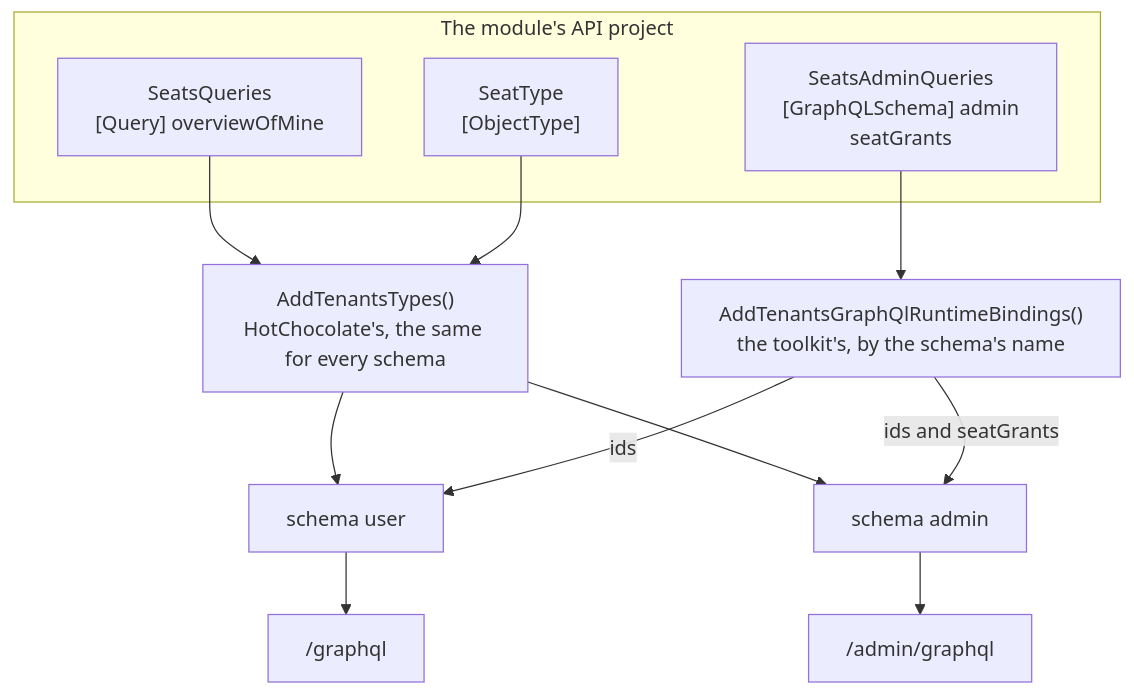
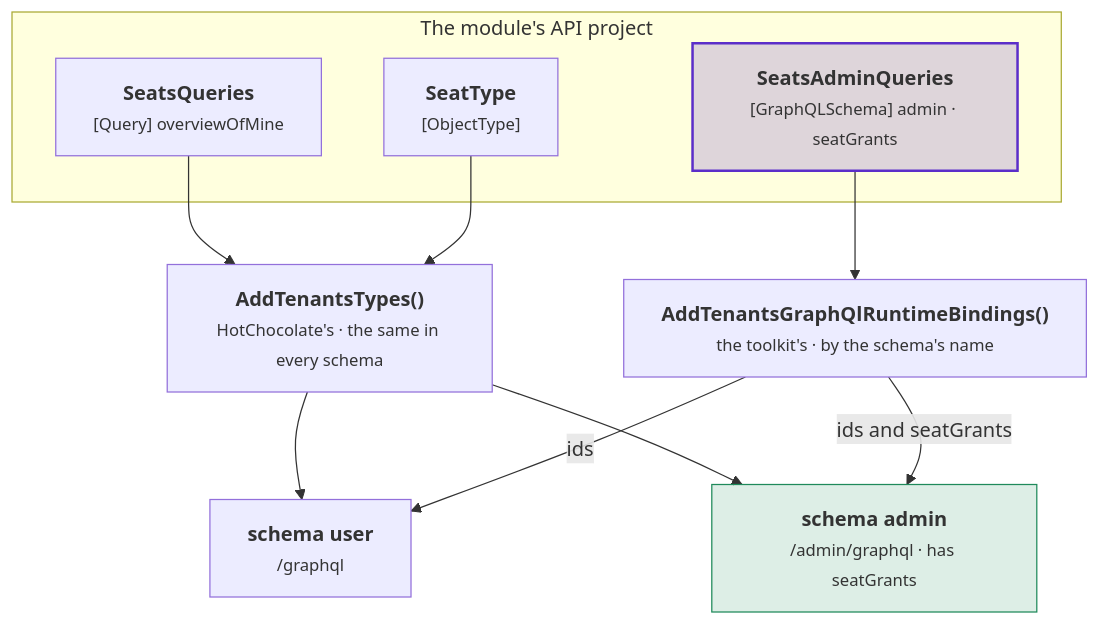
The third of 6 diagrams in docs/graphql.md (DylanSnel/DDDToolkit), drawn with Mermaid before and after one commit. The commit also changed other lines of this file and 41 other files, not shown here.

First line of the commit message:
Docs: plain prose, one word per concept, and readable diagrams on every page

````diff
--- a/docs/graphql.md
+++ b/docs/graphql.md
@@ -1131,17 +1194,23 @@
 ```mermaid
 flowchart TB
     subgraph api ["The module's API project"]
-        Own["SeatsQueries<br/>[Query] overviewOfMine"]
-        Type["SeatType<br/>[ObjectType]"]
-        Admin["SeatsAdminQueries<br/>[GraphQLSchema] admin<br/>seatGrants"]
+        own["<b>SeatsQueries</b><br/><small>[Query] overviewOfMine</small>"]
+        type["<b>SeatType</b><br/><small>[ObjectType]</small>"]
+        admin["<b>SeatsAdminQueries</b><br/><small>[GraphQLSchema] admin · seatGrants</small>"]
     end
-    Own --> Types["AddTenantsTypes()<br/>HotChocolate's, the same for every schema"]
-    Type --> Types
-    Admin --> Bindings["AddTenantsGraphQlRuntimeBindings()<br/>the toolkit's, by the schema's name"]
-    Types --> User["schema user"]
-    Types --> AdminSchema["schema admin"]
-    Bindings -->|ids| User
-    Bindings -->|ids and seatGrants| AdminSchema
-    User --> UserEndpoint["/graphql"]
-    AdminSchema --> AdminEndpoint["/admin/graphql"]
+    types["<b>AddTenantsTypes()</b><br/><small>HotChocolate's · the same in every schema</small>"]
+    bindings["<b>AddTenantsGraphQlRuntimeBindings()</b><br/><small>the toolkit's · by the schema's name</small>"]
+    user["<b>schema user</b><br/><small>/graphql</small>"]
+    adminSchema["<b>schema admin</b><br/><small>/admin/graphql · has seatGrants</small>"]
+    own --> types
+    type --> types
+    admin --> bindings
+    types --> user
+    types --> adminSchema
+    bindings -->|ids| user
+    bindings -->|"ids and seatGrants"| adminSchema
+    classDef strong fill:#5b2ec933,stroke:#5b2ec9,stroke-width:2px
+    classDef good fill:#1f8a5b26,stroke:#1f8a5b
+    class admin strong
+    class adminSchema good
 ```
````
